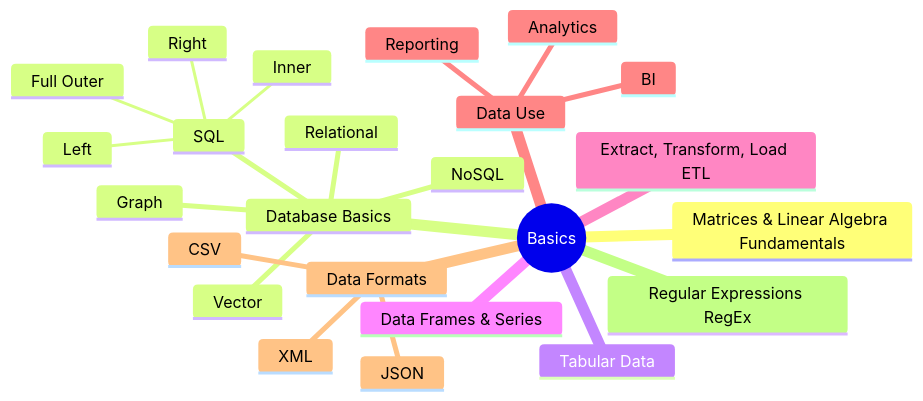
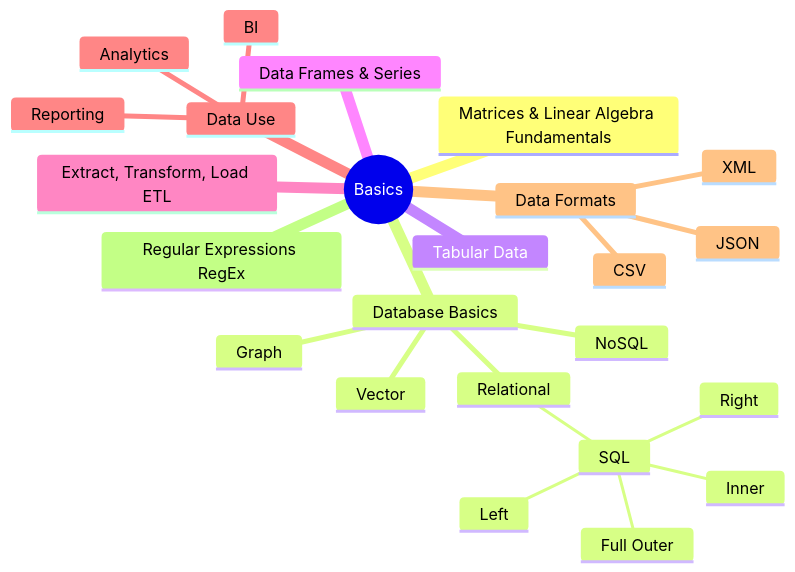
One commit to jasonmhead/AI-Expert-Roadmap-Connections changed the second of 6 diagrams in readme.md. Above: the diagram before and after it, drawn with Mermaid.

````diff
--- a/readme.md
+++ b/readme.md
@@ -46,27 +46,27 @@
 ```mermaid
 mindmap
   root((Basics))
     Matrices & Linear Algebra Fundamentals
     Database Basics
       Relational
-      SQL
-        Inner
-        Left
-        Right
-        Full Outer
+        SQL
+          Inner
+          Left
+          Right
+          Full Outer
       NoSQL
       Vector
       Graph
     Tabular Data
     Data Frames & Series
     Extract, Transform, Load ETL
     Data Use
       Reporting
       BI
       Analytics
     Data Formats
       JSON
       XML
       CSV
     Regular Expressions RegEx
 ```
````
